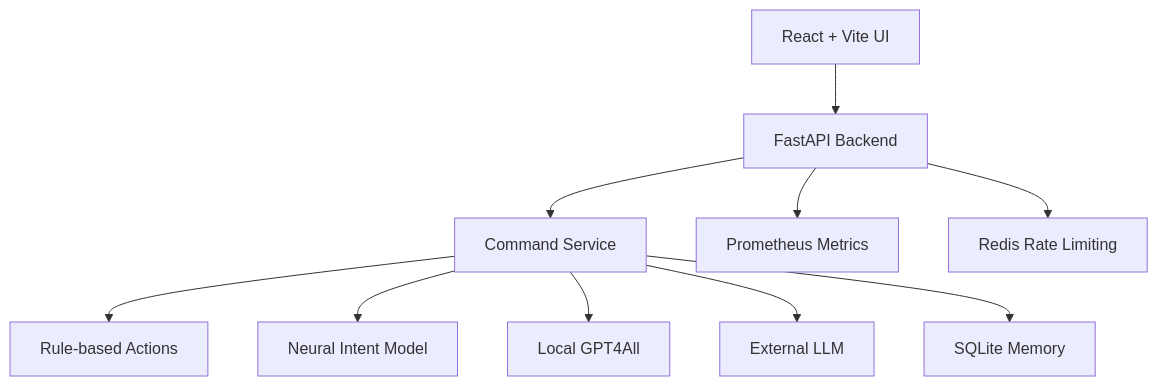
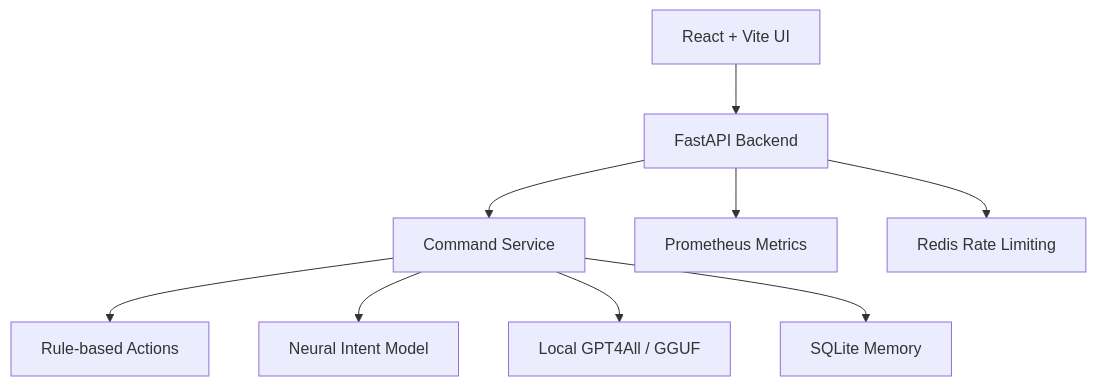
One commit to Roshan-R-S/Meero changed the diagram in PROJECT_ARCHITECTURE.md. Above: the diagram before and after it, drawn with Mermaid. The commit also changed other lines of this file and 33 other files, not shown here.

First line of the commit message:
Remove external LLM provider adapters and related configurations

````diff
--- a/PROJECT_ARCHITECTURE.md
+++ b/PROJECT_ARCHITECTURE.md
@@ -45,12 +45,11 @@
 ```mermaid
 flowchart TD
   A[React + Vite UI] --> B[FastAPI Backend]
   B --> C[Command Service]
   C --> D[Rule-based Actions]
   C --> E[Neural Intent Model]
-  C --> F[Local GPT4All]
-  C --> G[External LLM]
+  C --> F[Local GPT4All / GGUF]
   C --> H[SQLite Memory]
   B --> I[Prometheus Metrics]
   B --> J[Redis Rate Limiting]
 ```
````
